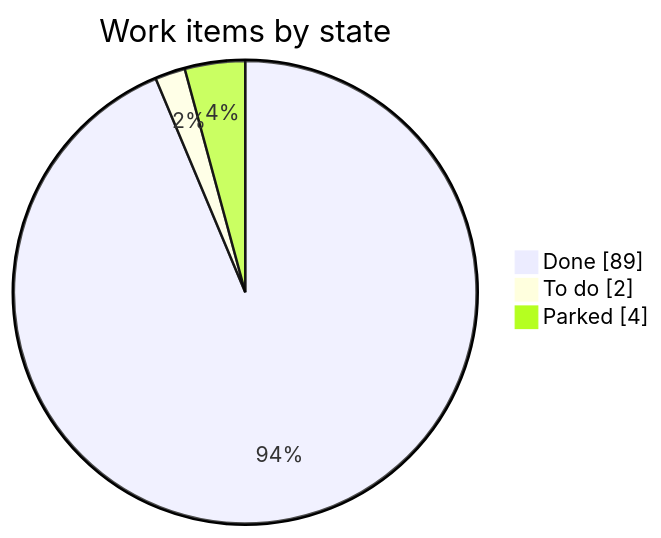
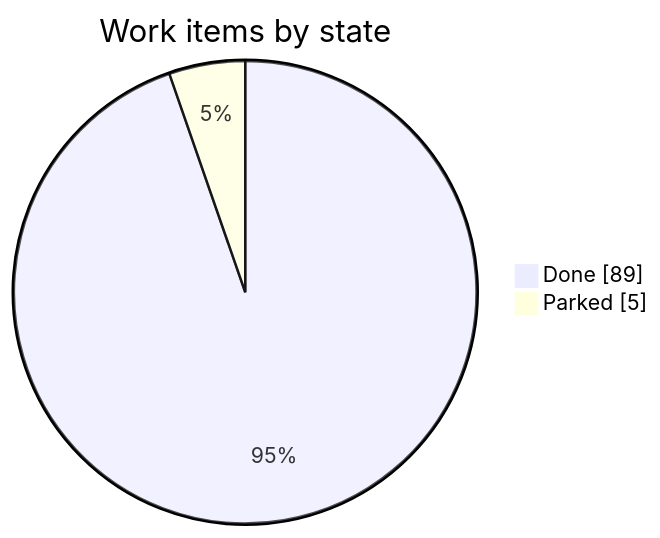
The first of 2 diagrams in STATUS.md (LoMagnette/ghost-light), drawn with Mermaid before and after one commit. The commit also changed other lines of this file, not shown here.

Commit message:
docs(status): the cinema-room idea parked for later; the drone flights dropped

````diff
--- a/STATUS.md
+++ b/STATUS.md
@@ -39,7 +39,6 @@
 ```mermaid
 pie showData
     title Work items by state
     "Done" : 89
-    "To do" : 2
-    "Parked" : 4
+    "Parked" : 5
 ```
````
